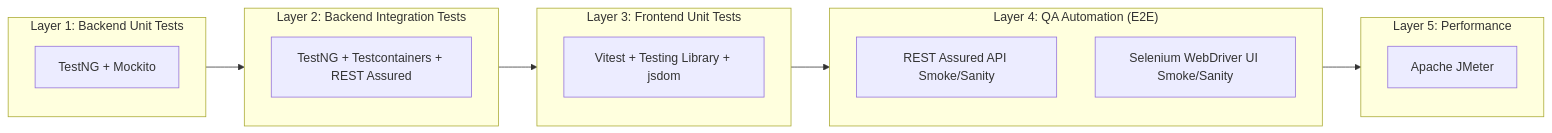
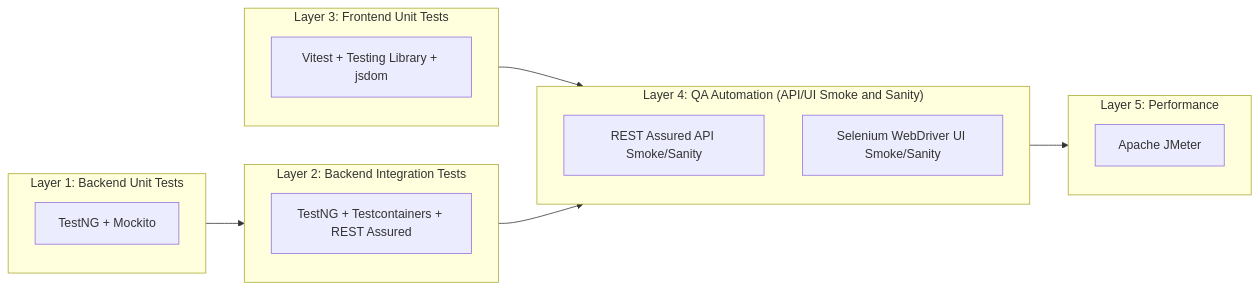
Before and after one commit to CheahHaoYi/sporthub: the third of 4 diagrams in README.md, drawn with Mermaid. The commit also changed other lines of this file and 32 other files, not shown here.

````diff
--- a/README.md
+++ b/README.md
@@ -216,21 +216,24 @@
 ```mermaid
 graph LR
     subgraph Layer1["Layer 1: Backend Unit Tests"]
         BU["TestNG + Mockito"]
     end
     subgraph Layer2["Layer 2: Backend Integration Tests"]
         BI["TestNG + Testcontainers + REST Assured"]
     end
     subgraph Layer3["Layer 3: Frontend Unit Tests"]
         FU["Vitest + Testing Library + jsdom"]
     end
-    subgraph Layer4["Layer 4: QA Automation (E2E)"]
+    subgraph Layer4["Layer 4: QA Automation (API/UI Smoke and Sanity)"]
         QA_API["REST Assured API Smoke/Sanity"]
         QA_UI["Selenium WebDriver UI Smoke/Sanity"]
     end
     subgraph Layer5["Layer 5: Performance"]
         PERF["Apache JMeter"]
     end
 
-    Layer1 --> Layer2 --> Layer3 --> Layer4 --> Layer5
+    Layer1 --> Layer2
+    Layer3 --> Layer4
+    Layer2 --> Layer4
+    Layer4 --> Layer5
 ```
````
